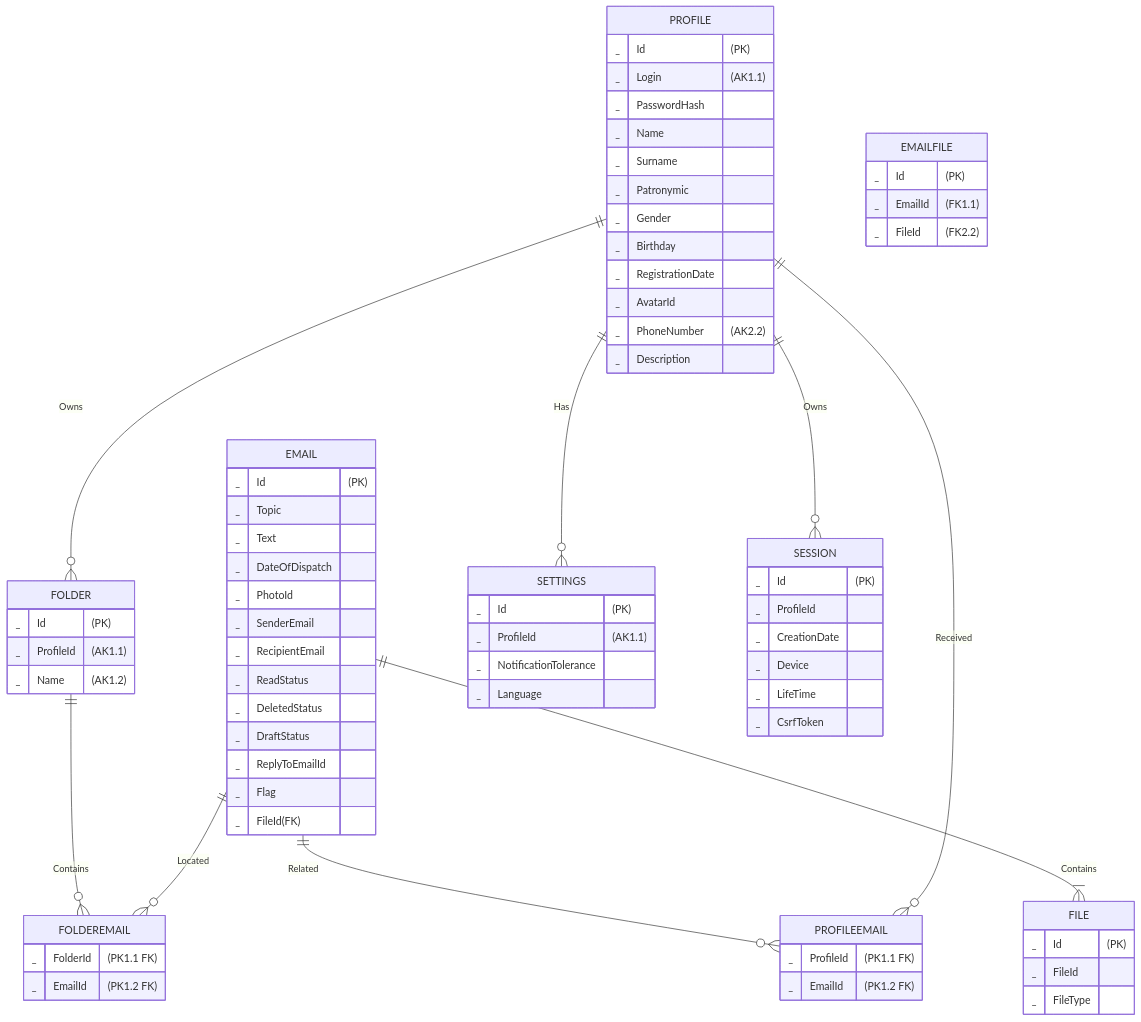
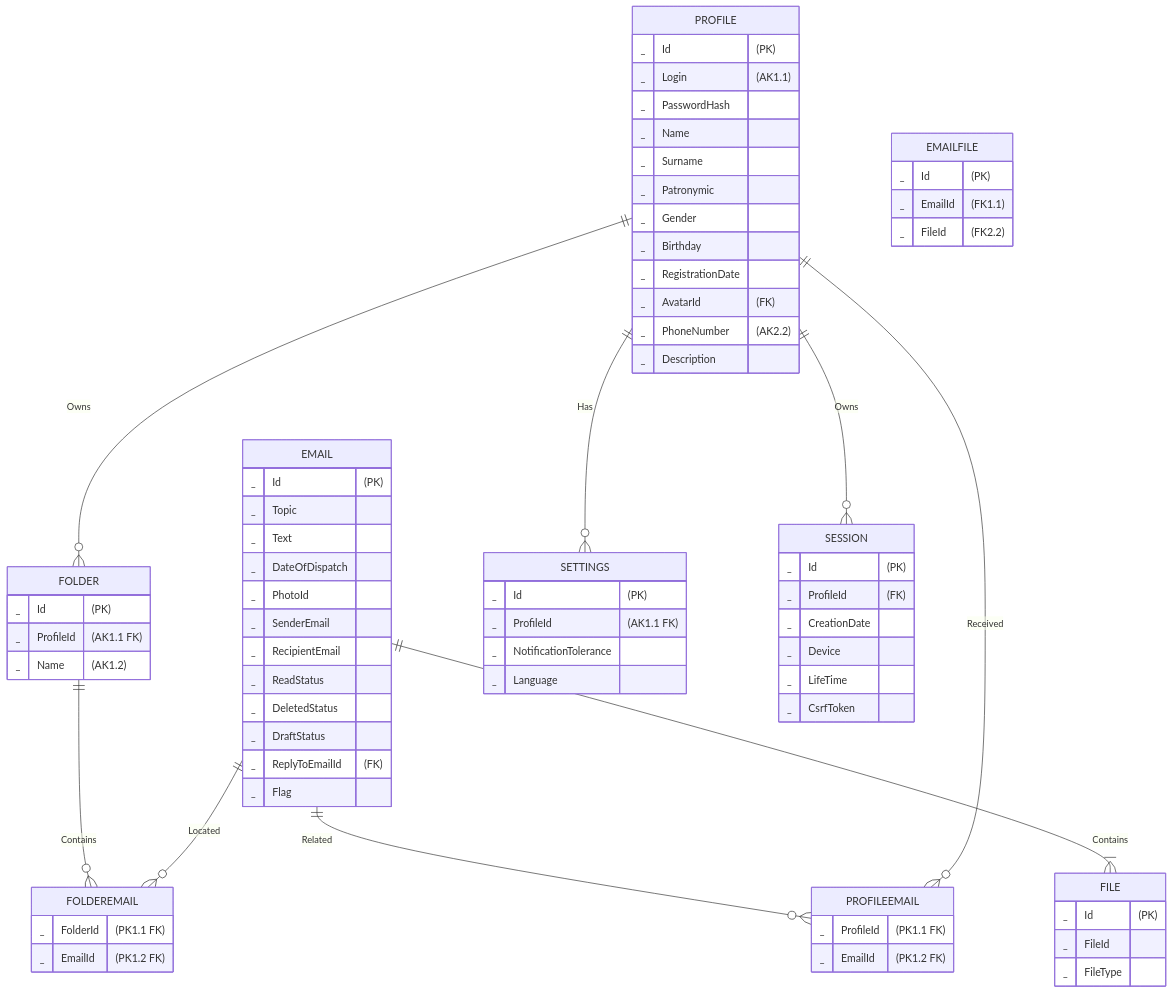
Before and after one commit to go-park-mail-ru/2024_1_Refugio: the second of 2 diagrams in db/normalized/relations.md, drawn with Mermaid. The commit also changed other lines of this file, not shown here.

````diff
--- a/db/normalized/relations.md
+++ b/db/normalized/relations.md
@@ -86,78 +86,77 @@
 ```mermaid
 erDiagram
     PROFILE {
         _ Id"(PK)"
         _ Login"(AK1.1)"
         _ PasswordHash
         _ Name
         _ Surname
         _ Patronymic
         _ Gender
         _ Birthday
         _ RegistrationDate
-        _ AvatarId
+        _ AvatarId"(FK)"
         _ PhoneNumber"(AK2.2)"
         _ Description
     }
     EMAIL {
         _ Id"(PK)"
         _ Topic
         _ Text
         _ DateOfDispatch
         _ PhotoId
         _ SenderEmail
         _ RecipientEmail
         _ ReadStatus
         _ DeletedStatus
         _ DraftStatus
-        _ ReplyToEmailId
+        _ ReplyToEmailId"(FK)"
         _ Flag
-        _ FileId(FK)
     }
     FILE {
         _ Id"(PK)"
         _ FileId
         _ FileType
     }
     EMAILFILE {
         _ Id"(PK)"
         _ EmailId"(FK1.1)"
         _ FileId"(FK2.2)"
     }
     PROFILEEMAIL {
         _ ProfileId"(PK1.1 FK)"
         _ EmailId"(PK1.2 FK)"
     }
     FOLDER {
         _ Id"(PK)"
-        _ ProfileId"(AK1.1)"
+        _ ProfileId"(AK1.1 FK)"
         _ Name"(AK1.2)"
     }
     FOLDEREMAIL {
         _ FolderId"(PK1.1 FK)"
         _ EmailId"(PK1.2 FK)"
     }
     SETTINGS {
         _ Id"(PK)"
-        _ ProfileId"(AK1.1)"
+        _ ProfileId"(AK1.1 FK)"
         _ NotificationTolerance
         _ Language
     }
     SESSION {
         _ Id"(PK)"
-        _ ProfileId
+        _ ProfileId"(FK)"
         _ CreationDate
         _ Device
         _ LifeTime
         _ CsrfToken
     }
 
     PROFILE ||--o{ SESSION : "Owns"
     PROFILE ||--o{ SETTINGS : "Has"
     PROFILE ||--o{ FOLDER : "Owns"
     FOLDER ||--o{ FOLDEREMAIL : "Contains"
     EMAIL ||--o{ FOLDEREMAIL : "Located"
     EMAIL ||--o{ PROFILEEMAIL : "Related"
     PROFILE ||--o{ PROFILEEMAIL : "Received"
     EMAIL ||--|{ FILE : "Contains"
 ```
````
